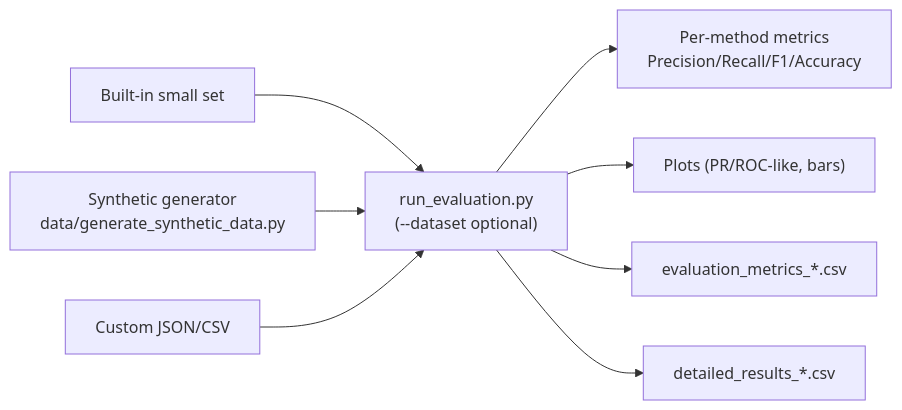
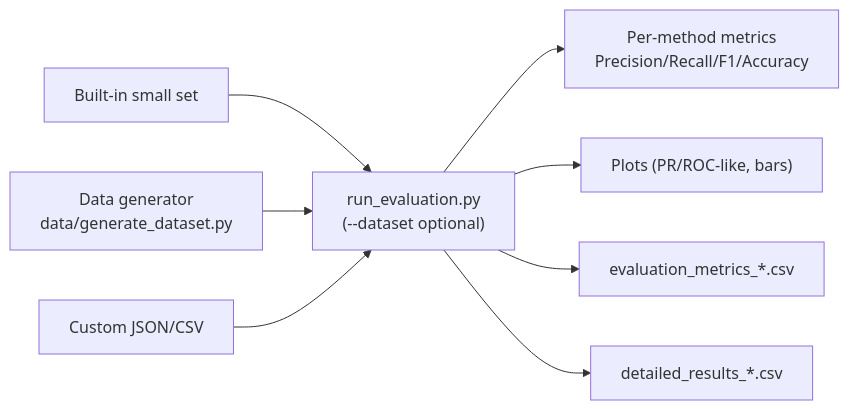
Before and after one commit to TakudzwaChoto/zkp-snarks: the third of 5 diagrams in README.md, drawn with Mermaid. The commit also changed other lines of this file and 2 other files, not shown here.

Commit message:
Rename generate_synthetic_data.py to generate_dataset.py, update references

````diff
--- a/README.md
+++ b/README.md
@@ -124,13 +124,13 @@
 ```mermaid
 flowchart LR
     DS1[Built-in small set]
-    DS2["Synthetic generator\ndata/generate_synthetic_data.py"]
+    DS2["Data generator\ndata/generate_dataset.py"]
     DS3[Custom JSON/CSV]
     
     DS1 & DS2 & DS3 --> RUN["run_evaluation.py\n(--dataset optional)"]
     
     RUN --> CALC["Per-method metrics\nPrecision/Recall/F1/Accuracy"]
     RUN --> VIZ["Plots (PR/ROC-like, bars)"]
     RUN --> CSV1["evaluation_metrics_*.csv"]
     RUN --> CSV2["detailed_results_*.csv"]
 ```
````
